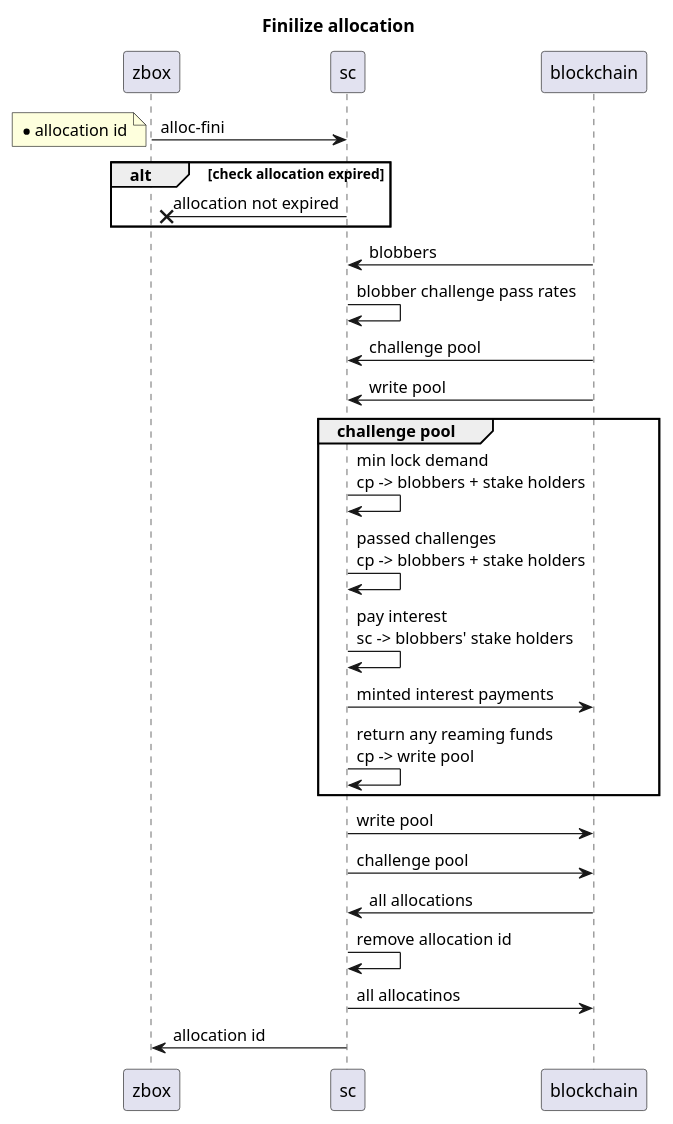
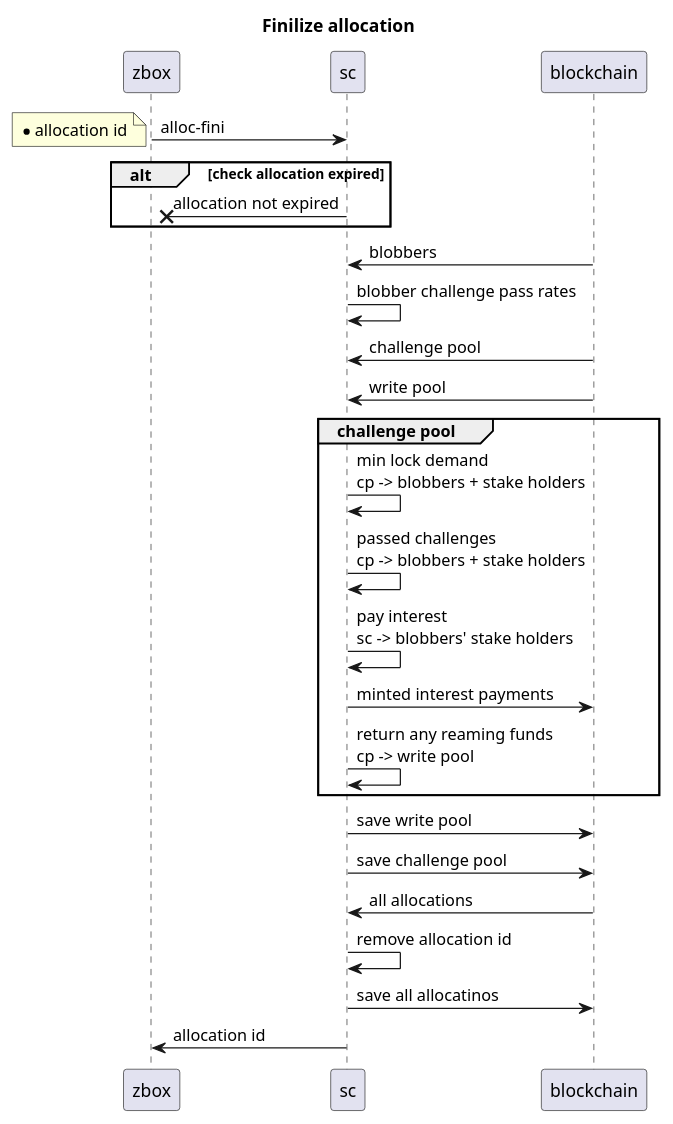
Before and after one commit to 0chain/zboxcli: the third of 15 diagrams in documents/uml.md, drawn with PlantUML. The commit also changed other lines of this file and 2 other files, not shown here.

````diff
--- a/documents/uml.md
+++ b/documents/uml.md
@@ -1,27 +39,27 @@
- ```puml
+```puml
 title Finilize allocation
 zbox -> sc : alloc-fini
 note left
     * allocation id
 end note
     alt check allocation expired
         sc ->x zbox : allocation not expired
     end
     blockchain -> sc :blobbers
     sc -> sc : blobber challenge pass rates
     blockchain -> sc : challenge pool
     blockchain -> sc : write pool   
     group challenge pool
         sc -> sc : min lock demand\ncp -> blobbers + stake holders
         sc -> sc : passed challenges\ncp -> blobbers + stake holders
         sc -> sc : pay interest\nsc -> blobbers' stake holders 
         sc -> blockchain : minted interest payments
         sc -> sc : return any reaming funds\ncp -> write pool
     end
-    sc -> blockchain : write pool
-    sc -> blockchain : challenge pool
+    sc -> blockchain : save write pool
+    sc -> blockchain : save challenge pool
     blockchain -> sc : all allocations
     sc -> sc : remove allocation id 
-    sc -> blockchain : all allocatinos    
+    sc -> blockchain : save all allocatinos    
 sc -> zbox : allocation id 
 ```
````
